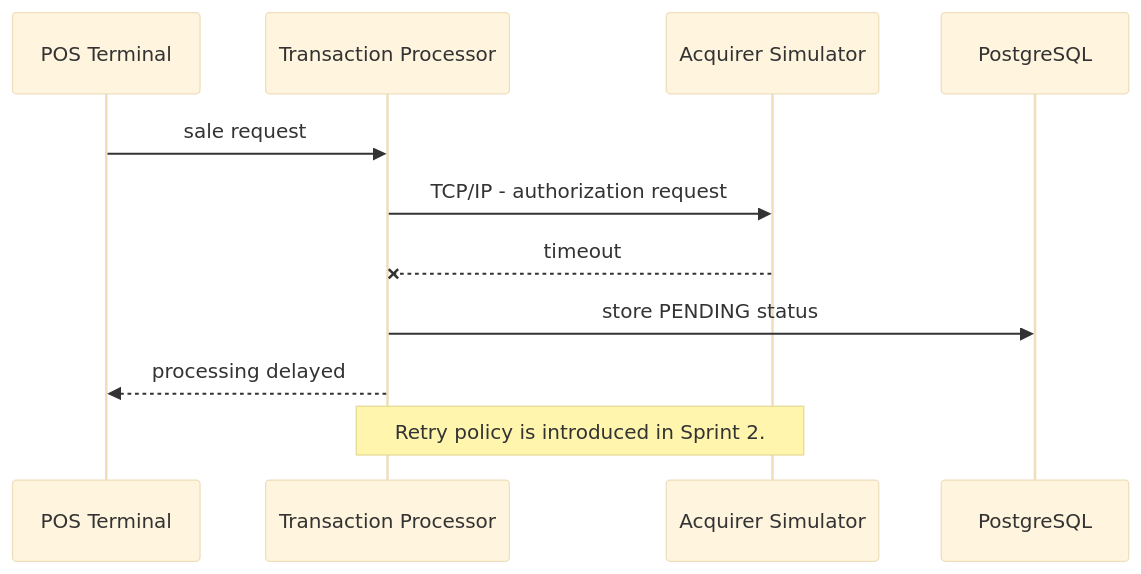
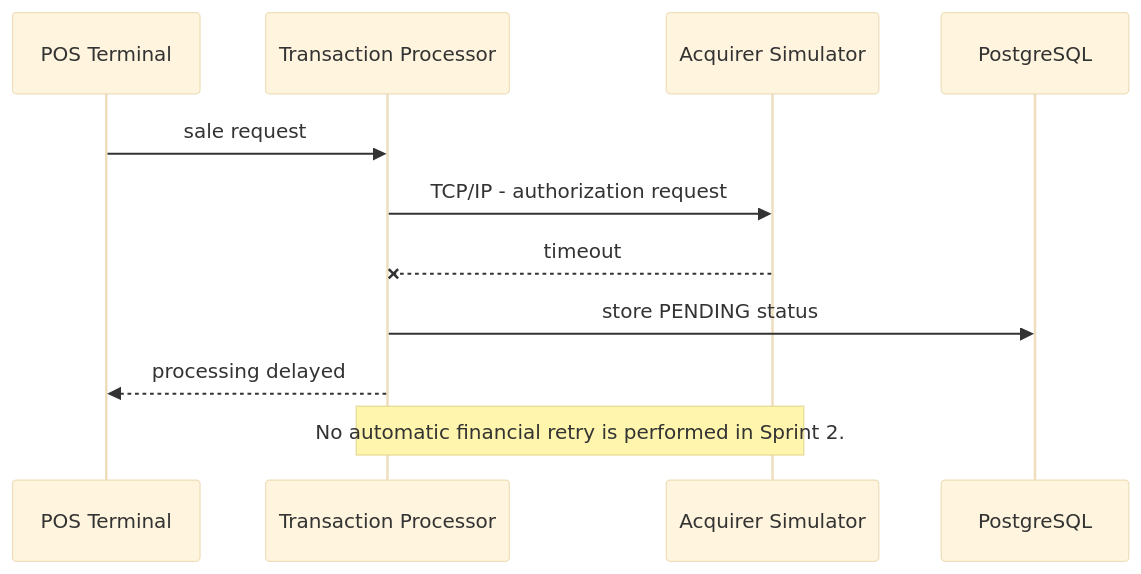
One commit to LucasBrovetto/financial-integration-platform changed the third of 3 diagrams in docs/transaction-flow.md. Above: the diagram before and after it, drawn with Mermaid (base theme). The commit also changed other lines of this file and 3 other files, not shown here.

Commit message:
docs(architecture): separate current and planned architecture

````diff
--- a/docs/transaction-flow.md
+++ b/docs/transaction-flow.md
@@ -41,14 +41,14 @@
 ```mermaid
 sequenceDiagram
     participant POS as POS Terminal
     participant Processor as Transaction Processor
     participant Acquirer as Acquirer Simulator
     participant DB as PostgreSQL
 
     POS->>Processor: sale request
     Processor->>Acquirer: TCP/IP - authorization request
     Acquirer--xProcessor: timeout
     Processor->>DB: store PENDING status
     Processor-->>POS: processing delayed
-    Note over Processor,Acquirer: Retry policy is introduced in Sprint 2.
+    Note over Processor,Acquirer: No automatic financial retry is performed in Sprint 2.
 ```
````
